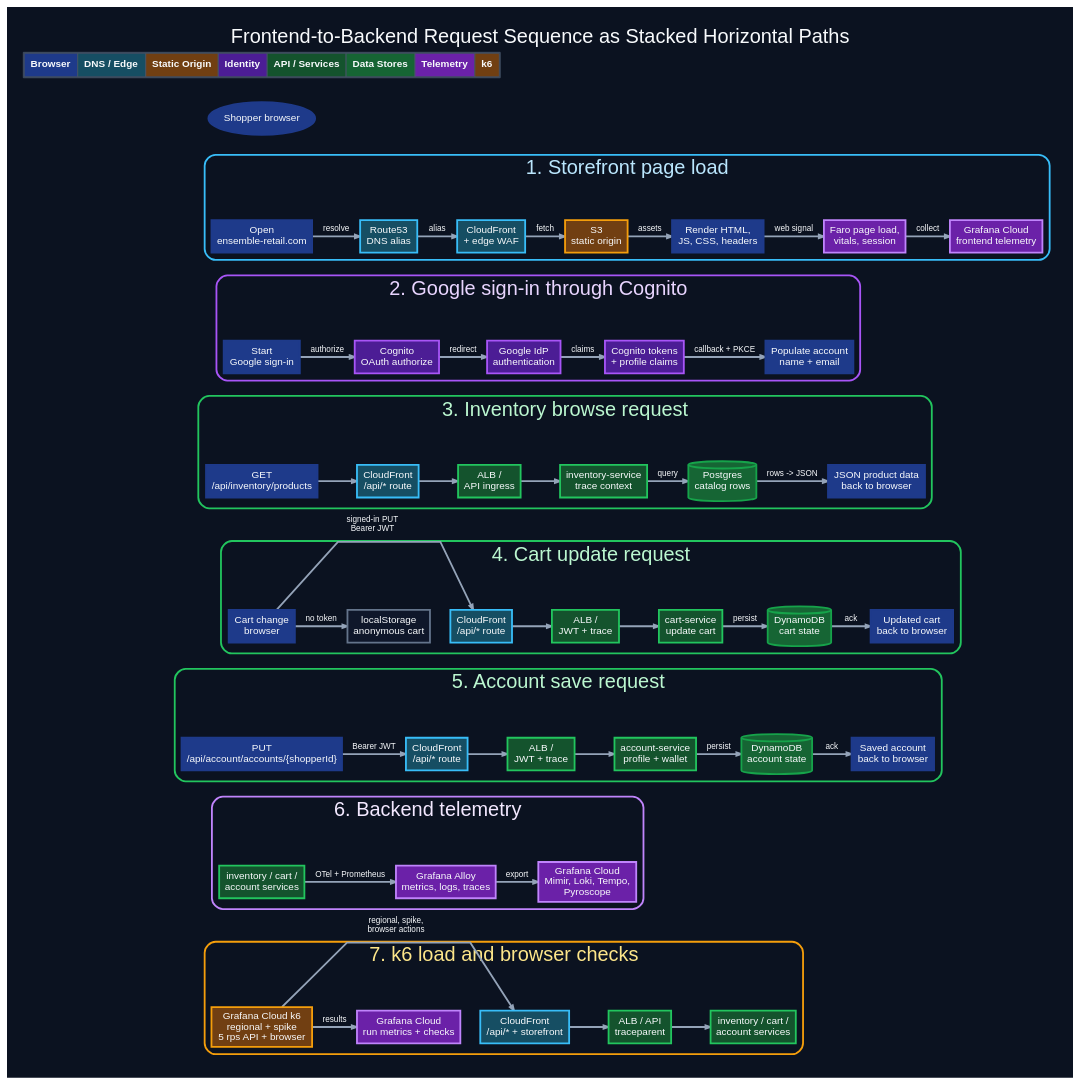
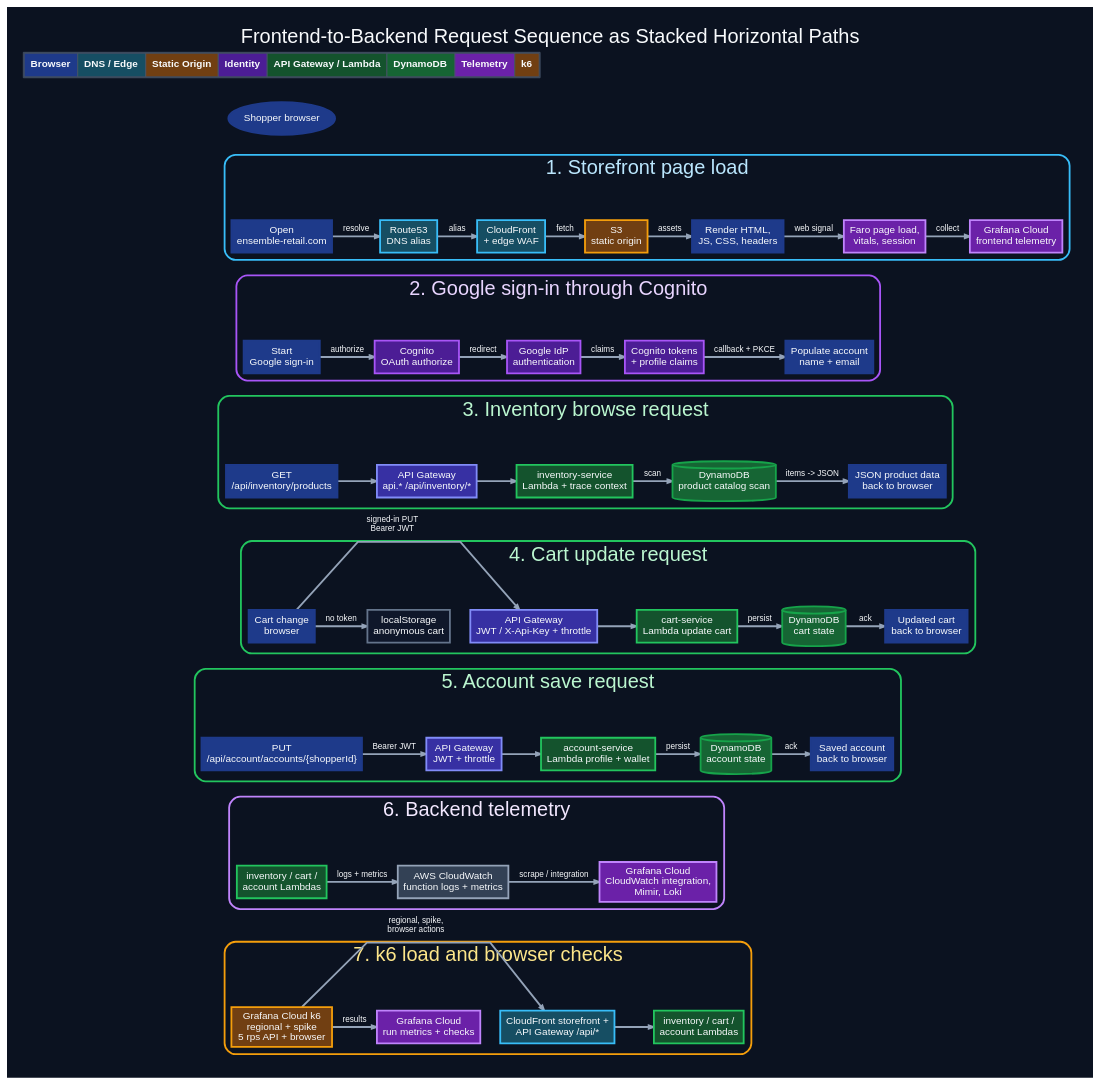
The second of 4 diagrams in DIAGRAMS.md (orenlion1/ensemble-retail), drawn with Graphviz before and after one commit. The commit also changed other lines of this file and 15 other files, not shown here.

First line of the commit message:
docs: update architecture diagrams for the serverless migration

```diff
--- a/DIAGRAMS.md
+++ b/DIAGRAMS.md
@@ -171,8 +161,8 @@
       <TD BGCOLOR="#164e63"><FONT COLOR="#f8fafc"><B>DNS / Edge</B></FONT></TD>
       <TD BGCOLOR="#713f12"><FONT COLOR="#f8fafc"><B>Static Origin</B></FONT></TD>
       <TD BGCOLOR="#4c1d95"><FONT COLOR="#f8fafc"><B>Identity</B></FONT></TD>
-      <TD BGCOLOR="#14532d"><FONT COLOR="#f8fafc"><B>API / Services</B></FONT></TD>
-      <TD BGCOLOR="#166534"><FONT COLOR="#f8fafc"><B>Data Stores</B></FONT></TD>
+      <TD BGCOLOR="#14532d"><FONT COLOR="#f8fafc"><B>API Gateway / Lambda</B></FONT></TD>
+      <TD BGCOLOR="#166534"><FONT COLOR="#f8fafc"><B>DynamoDB</B></FONT></TD>
       <TD BGCOLOR="#6b21a8"><FONT COLOR="#f8fafc"><B>Telemetry</B></FONT></TD>
       <TD BGCOLOR="#713f12"><FONT COLOR="#f8fafc"><B>k6</B></FONT></TD></TR>
     </TABLE>
@@ -225,16 +215,14 @@
     fontcolor="#bbf7d0";
     style="rounded,setlinewidth(2)";
     inv_browser [label="GET\n/api/inventory/products", fillcolor="#1e3a8a", color="#1e3a8a", group=c1];
-    inv_cf [label="CloudFront\n/api/* route", fillcolor="#164e63", color="#38bdf8", group=c2];
-    inv_api [label="ALB /\nAPI ingress", fillcolor="#14532d", color="#22c55e", group=c3];
-    inv_service [label="inventory-service\ntrace context", fillcolor="#14532d", color="#22c55e", group=c4];
-    inv_db [label="Postgres\ncatalog rows", shape=cylinder, fillcolor="#166534", color="#16a34a", group=c5];
-    inv_response [label="JSON product data\nback to browser", fillcolor="#1e3a8a", color="#1e3a8a", group=c6];
-    inv_browser -> inv_cf;
-    inv_cf -> inv_api;
+    inv_api [label="API Gateway\napi.* /api/inventory/*", fillcolor="#3730a3", color="#818cf8", group=c2];
+    inv_service [label="inventory-service\nLambda + trace context", fillcolor="#14532d", color="#22c55e", group=c3];
+    inv_db [label="DynamoDB\nproduct catalog scan", shape=cylinder, fillcolor="#166534", color="#16a34a", group=c4];
+    inv_response [label="JSON product data\nback to browser", fillcolor="#1e3a8a", color="#1e3a8a", group=c5];
+    inv_browser -> inv_api;
     inv_api -> inv_service;
-    inv_service -> inv_db [label="query"];
-    inv_db -> inv_response [label="rows -> JSON"];
+    inv_service -> inv_db [label="scan"];
+    inv_db -> inv_response [label="items -> JSON"];
   }
 
   subgraph cluster_cart {
@@ -244,15 +232,13 @@
     fontcolor="#bbf7d0";
     style="rounded,setlinewidth(2)";
     cart_browser [label="Cart change\nbrowser", fillcolor="#1e3a8a", color="#1e3a8a", group=c1];
-    cart_cf [label="CloudFront\n/api/* route", fillcolor="#164e63", color="#38bdf8", group=c2];
-    cart_api [label="ALB /\nJWT + trace", fillcolor="#14532d", color="#22c55e", group=c3];
-    cart_service [label="cart-service\nupdate cart", fillcolor="#14532d", color="#22c55e", group=c4];
-    cart_db [label="DynamoDB\ncart state", shape=cylinder, fillcolor="#166534", color="#16a34a", group=c5];
-    cart_response [label="Updated cart\nback to browser", fillcolor="#1e3a8a", color="#1e3a8a", group=c6];
+    cart_api [label="API Gateway\nJWT / X-Api-Key + throttle", fillcolor="#3730a3", color="#818cf8", group=c2];
+    cart_service [label="cart-service\nLambda update cart", fillcolor="#14532d", color="#22c55e", group=c3];
+    cart_db [label="DynamoDB\ncart state", shape=cylinder, fillcolor="#166534", color="#16a34a", group=c4];
+    cart_response [label="Updated cart\nback to browser", fillcolor="#1e3a8a", color="#1e3a8a", group=c5];
     cart_local [label="localStorage\nanonymous cart", fillcolor="#0f172a", color="#64748b", group=c2];
     cart_browser -> cart_local [label="no token"];
-    cart_browser -> cart_cf [label="signed-in PUT\nBearer JWT"];
-    cart_cf -> cart_api;
+    cart_browser -> cart_api [label="signed-in PUT\nBearer JWT"];
     cart_api -> cart_service;
     cart_service -> cart_db [label="persist"];
     cart_db -> cart_response [label="ack"];
@@ -265,13 +251,11 @@
     fontcolor="#bbf7d0";
     style="rounded,setlinewidth(2)";
     acct_browser [label="PUT\n/api/account/accounts/{shopperId}", fillcolor="#1e3a8a", color="#1e3a8a", group=c1];
-    acct_cf [label="CloudFront\n/api/* route", fillcolor="#164e63", color="#38bdf8", group=c2];
-    acct_api [label="ALB /\nJWT + trace", fillcolor="#14532d", color="#22c55e", group=c3];
-    acct_service [label="account-service\nprofile + wallet", fillcolor="#14532d", color="#22c55e", group=c4];
-    acct_db [label="DynamoDB\naccount state", shape=cylinder, fillcolor="#166534", color="#16a34a", group=c5];
-    acct_response [label="Saved account\nback to browser", fillcolor="#1e3a8a", color="#1e3a8a", group=c6];
-    acct_browser -> acct_cf [label="Bearer JWT"];
-    acct_cf -> acct_api;
+    acct_api [label="API Gateway\nJWT + throttle", fillcolor="#3730a3", color="#818cf8", group=c2];
+    acct_service [label="account-service\nLambda profile + wallet", fillcolor="#14532d", color="#22c55e", group=c3];
+    acct_db [label="DynamoDB\naccount state", shape=cylinder, fillcolor="#166534", color="#16a34a", group=c4];
+    acct_response [label="Saved account\nback to browser", fillcolor="#1e3a8a", color="#1e3a8a", group=c5];
+    acct_browser -> acct_api [label="Bearer JWT"];
     acct_api -> acct_service;
     acct_service -> acct_db [label="persist"];
     acct_db -> acct_response [label="ack"];
@@ -283,11 +267,11 @@
     color="#c084fc";
     fontcolor="#f3e8ff";
     style="rounded,setlinewidth(2)";
-    telemetry_services [label="inventory / cart /\naccount services", fillcolor="#14532d", color="#22c55e", group=c1];
-    telemetry_alloy [label="Grafana Alloy\nmetrics, logs, traces", fillcolor="#6b21a8", color="#c084fc", group=c2];
-    telemetry_grafana [label="Grafana Cloud\nMimir, Loki, Tempo,\nPyroscope", fillcolor="#6b21a8", color="#c084fc", group=c3];
-    telemetry_services -> telemetry_alloy [label="OTel + Prometheus"];
-    telemetry_alloy -> telemetry_grafana [label="export"];
+    telemetry_services [label="inventory / cart /\naccount Lambdas", fillcolor="#14532d", color="#22c55e", group=c1];
+    telemetry_cw [label="AWS CloudWatch\nfunction logs + metrics", fillcolor="#334155", color="#94a3b8", group=c2];
+    telemetry_grafana [label="Grafana Cloud\nCloudWatch integration,\nMimir, Loki", fillcolor="#6b21a8", color="#c084fc", group=c3];
+    telemetry_services -> telemetry_cw [label="logs + metrics"];
+    telemetry_cw -> telemetry_grafana [label="scrape / integration"];
   }
 
   subgraph cluster_k6 {
@@ -297,13 +281,11 @@
     fontcolor="#fde68a";
     style="rounded,setlinewidth(2)";
     k6_runner [label="Grafana Cloud k6\nregional + spike\n5 rps API + browser", fillcolor="#713f12", color="#f59e0b", group=c1];
-    k6_cf [label="CloudFront\n/api/* + storefront", fillcolor="#164e63", color="#38bdf8", group=c2];
-    k6_api [label="ALB / API\ntraceparent", fillcolor="#14532d", color="#22c55e", group=c3];
-    k6_services [label="inventory / cart /\naccount services", fillcolor="#14532d", color="#22c55e", group=c4];
-    k6_grafana [label="Grafana Cloud\nrun metrics + checks", fillcolor="#6b21a8", color="#c084fc", group=c5];
-    k6_runner -> k6_cf [label="regional, spike,\nbrowser actions"];
-    k6_cf -> k6_api;
-    k6_api -> k6_services;
+    k6_edge [label="CloudFront storefront +\nAPI Gateway /api/*", fillcolor="#164e63", color="#38bdf8", group=c2];
+    k6_services [label="inventory / cart /\naccount Lambdas", fillcolor="#14532d", color="#22c55e", group=c3];
+    k6_grafana [label="Grafana Cloud\nrun metrics + checks", fillcolor="#6b21a8", color="#c084fc", group=c4];
+    k6_runner -> k6_edge [label="regional, spike,\nbrowser actions"];
+    k6_edge -> k6_services;
     k6_runner -> k6_grafana [label="results"];
   }
 
```
